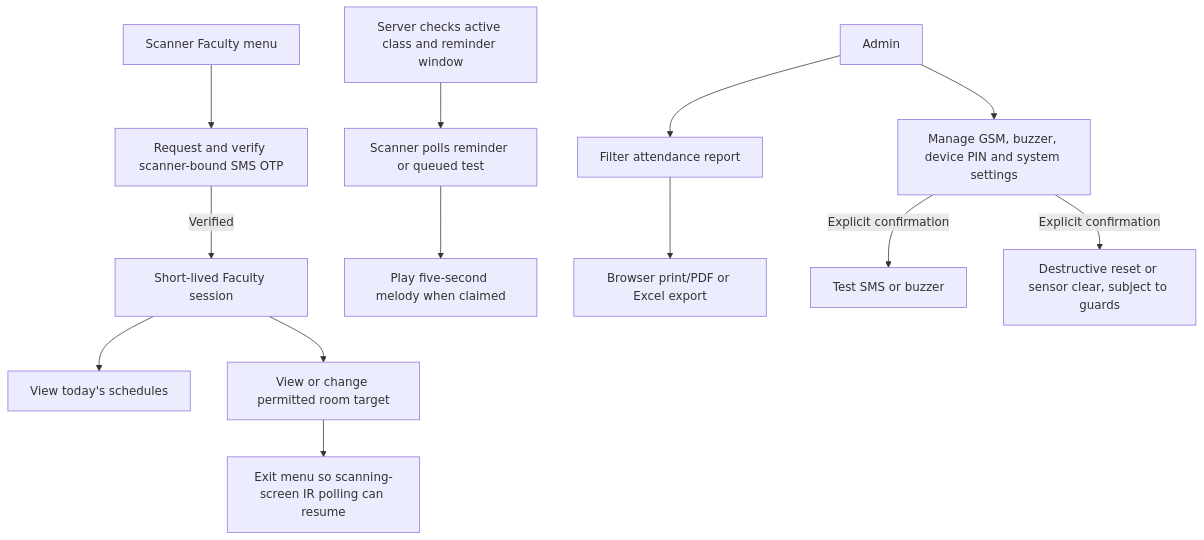
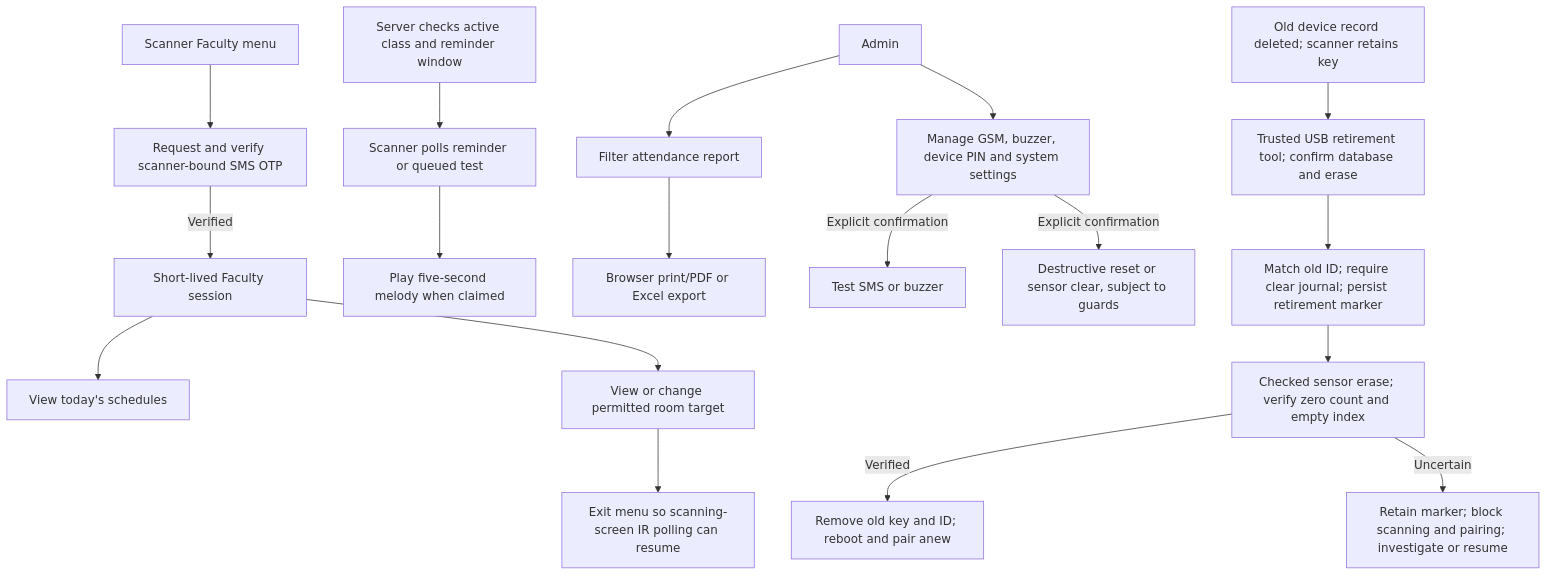
Before and after one commit to AlfredAbiera/SmartClassAC: the eighth of 8 diagrams in docs/SYSTEM_FLOWCHART.md, drawn with Mermaid. The commit also changed 9 other files, not shown here.

Commit message:
feat: Add USB orphan retirement tool and related database checks

````diff
--- a/docs/SYSTEM_FLOWCHART.md
+++ b/docs/SYSTEM_FLOWCHART.md
@@ -167,15 +167,20 @@
 ```mermaid
 flowchart TD
     Menu[Scanner Faculty menu] --> OTP[Request and verify scanner-bound SMS OTP]
     OTP -->|Verified| Session[Short-lived Faculty session]
     Session --> Schedules[View today's schedules]
     Session --> Target[View or change permitted room target]
     Target --> Exit[Exit menu so scanning-screen IR polling can resume]
     Reminder[Server checks active class and reminder window] --> Poll[Scanner polls reminder or queued test]
     Poll --> Tone[Play five-second melody when claimed]
     Admin[Admin] --> Report[Filter attendance report]
     Report --> Export[Browser print/PDF or Excel export]
     Admin --> Settings[Manage GSM, buzzer, device PIN and system settings]
     Settings -->|Explicit confirmation| Test[Test SMS or buzzer]
     Settings -->|Explicit confirmation| Reset[Destructive reset or sensor clear, subject to guards]
+    Deleted[Old device record deleted; scanner retains key] --> USB[Trusted USB retirement tool; confirm database and erase]
+    USB --> Guard[Match old ID; require clear journal; persist retirement marker]
+    Guard --> Erase[Checked sensor erase; verify zero count and empty index]
+    Erase -->|Verified| Retire[Remove old key and ID; reboot and pair anew]
+    Erase -->|Uncertain| Block[Retain marker; block scanning and pairing; investigate or resume]
 ```
````
